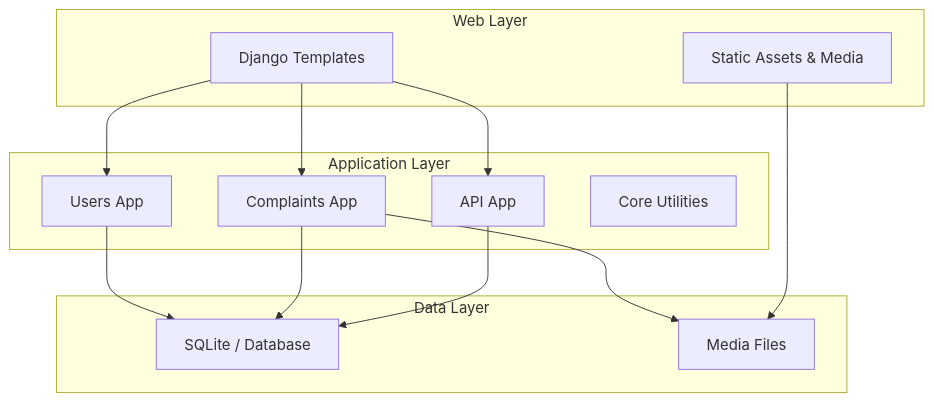
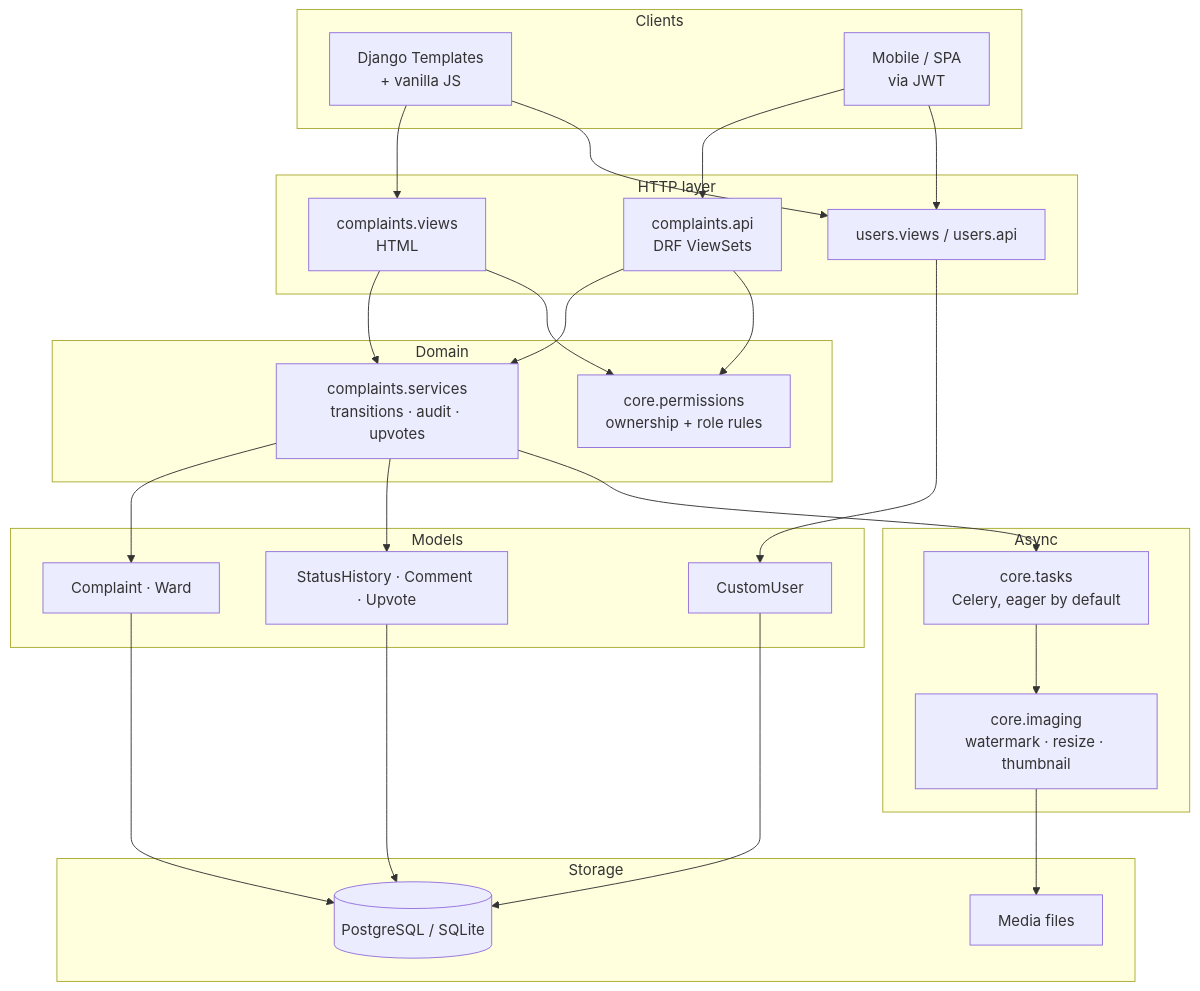
The diagram in README.md (RishiAnand108/Nagriksetu), drawn with Mermaid before and after one commit. The commit also changed other lines of this file and 99 other files, not shown here.

````diff
--- a/README.md
+++ b/README.md
@@ -47,28 +77,52 @@
 ```mermaid
 graph TB
-	subgraph "Web Layer"
-		A[Django Templates]
-		B[Static Assets & Media]
-	end
+    subgraph "Clients"
+        A[Django Templates<br/>+ vanilla JS]
+        B[Mobile / SPA<br/>via JWT]
+    end
 
-	subgraph "Application Layer"
-		C[Users App]
-		D[Complaints App]
-		E[API App]
-		F[Core Utilities]
-	end
+    subgraph "HTTP layer"
+        C[complaints.views<br/>HTML]
+        D[complaints.api<br/>DRF ViewSets]
+        E[users.views / users.api]
+    end
 
-	subgraph "Data Layer"
-		G[SQLite / Database]
-		H[Media Files]
-	end
+    subgraph "Domain"
+        F[complaints.services<br/>transitions · audit · upvotes]
+        G[core.permissions<br/>ownership + role rules]
+    end
 
-	A --> C
-	A --> D
-	A --> E
-	C --> G
-	D --> G
-	E --> G
-	D --> H
-	B --> H
+    subgraph "Models"
+        H[Complaint · Ward]
+        I[StatusHistory · Comment · Upvote]
+        J[CustomUser]
+    end
+
+    subgraph "Async"
+        K[core.tasks<br/>Celery, eager by default]
+        L[core.imaging<br/>watermark · resize · thumbnail]
+    end
+
+    subgraph "Storage"
+        M[(PostgreSQL / SQLite)]
+        N[Media files]
+    end
+
+    A --> C
+    A --> E
+    B --> D
+    B --> E
+    C --> F
+    D --> F
+    D --> G
+    C --> G
+    F --> H
+    F --> I
+    F --> K
+    E --> J
+    K --> L
+    H --> M
+    I --> M
+    J --> M
+    L --> N
 ```
````
